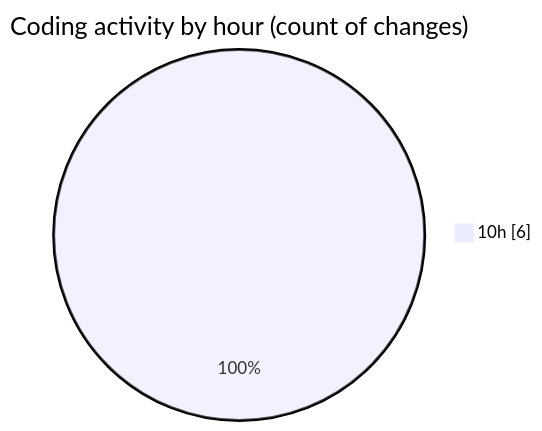
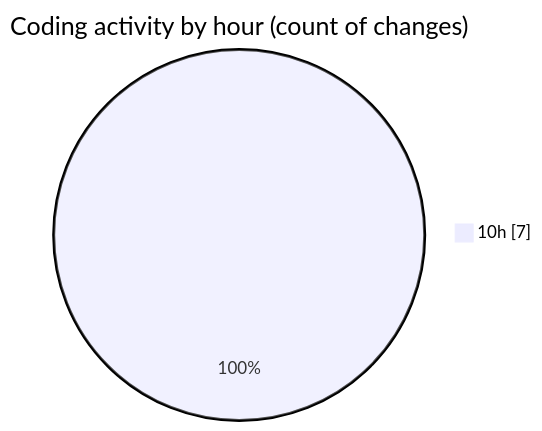
One commit to CELIANVF/code-tracking changed the second of 2 diagrams in 2025-05-16/python_app_deploy/README.md. Above: the diagram before and after it, drawn with Mermaid. The commit also changed other lines of this file and 1 other file, not shown here.

````diff
--- a/2025-05-16/python_app_deploy/README.md
+++ b/2025-05-16/python_app_deploy/README.md
@@ -32,5 +32,5 @@
 ```mermaid
 pie showData
 title Coding activity by hour (count of changes)
-"10h" : 6
+"10h" : 7
 ```
````
